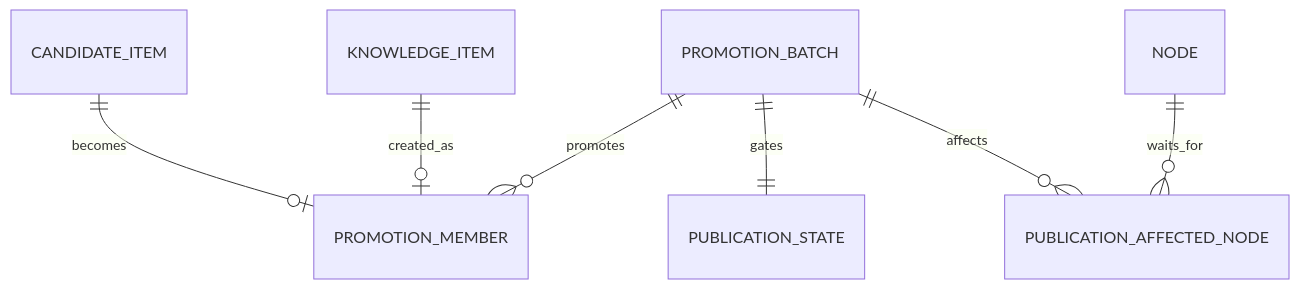
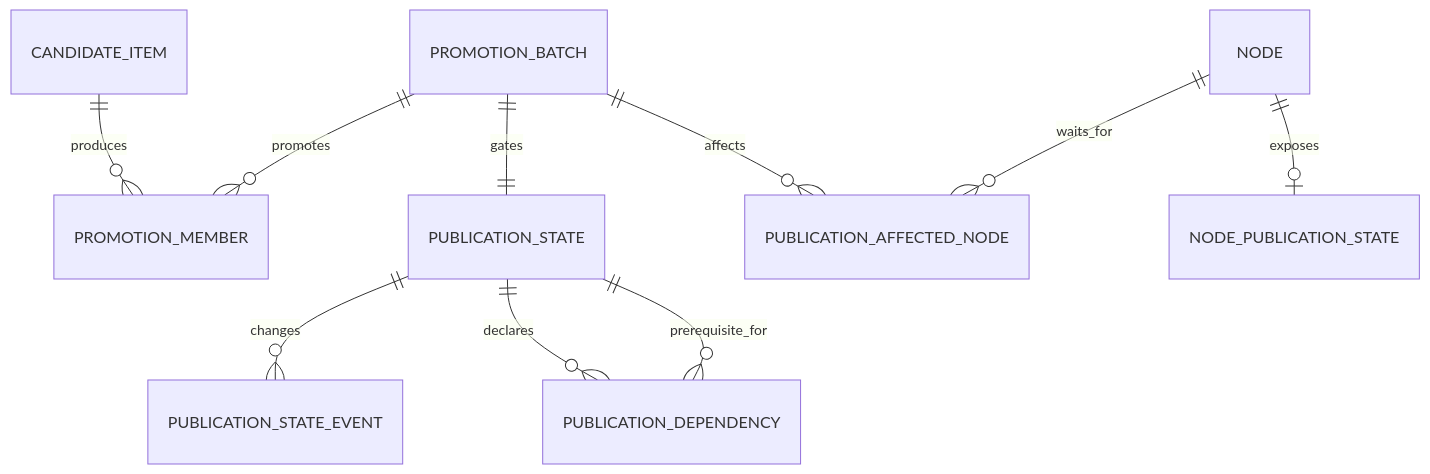
The seventh of 8 diagrams in logical-data-schema.md (studylida/ontology-map), drawn with Mermaid before and after one commit. The commit also changed other lines of this file, not shown here.

Commit message:
docs: correct logical schema invariants

````diff
--- a/logical-data-schema.md
+++ b/logical-data-schema.md
@@ -189,9 +198,12 @@
 ```mermaid
 erDiagram
     PROMOTION_BATCH ||--o{ PROMOTION_MEMBER : promotes
-    CANDIDATE_ITEM ||--o| PROMOTION_MEMBER : becomes
-    KNOWLEDGE_ITEM ||--o| PROMOTION_MEMBER : created_as
+    CANDIDATE_ITEM ||--o{ PROMOTION_MEMBER : produces
     PROMOTION_BATCH ||--|| PUBLICATION_STATE : gates
     PROMOTION_BATCH ||--o{ PUBLICATION_AFFECTED_NODE : affects
     NODE ||--o{ PUBLICATION_AFFECTED_NODE : waits_for
+    PUBLICATION_STATE ||--o{ PUBLICATION_STATE_EVENT : changes
+    PUBLICATION_STATE ||--o{ PUBLICATION_DEPENDENCY : declares
+    PUBLICATION_STATE ||--o{ PUBLICATION_DEPENDENCY : prerequisite_for
+    NODE ||--o| NODE_PUBLICATION_STATE : exposes
 ```
````
